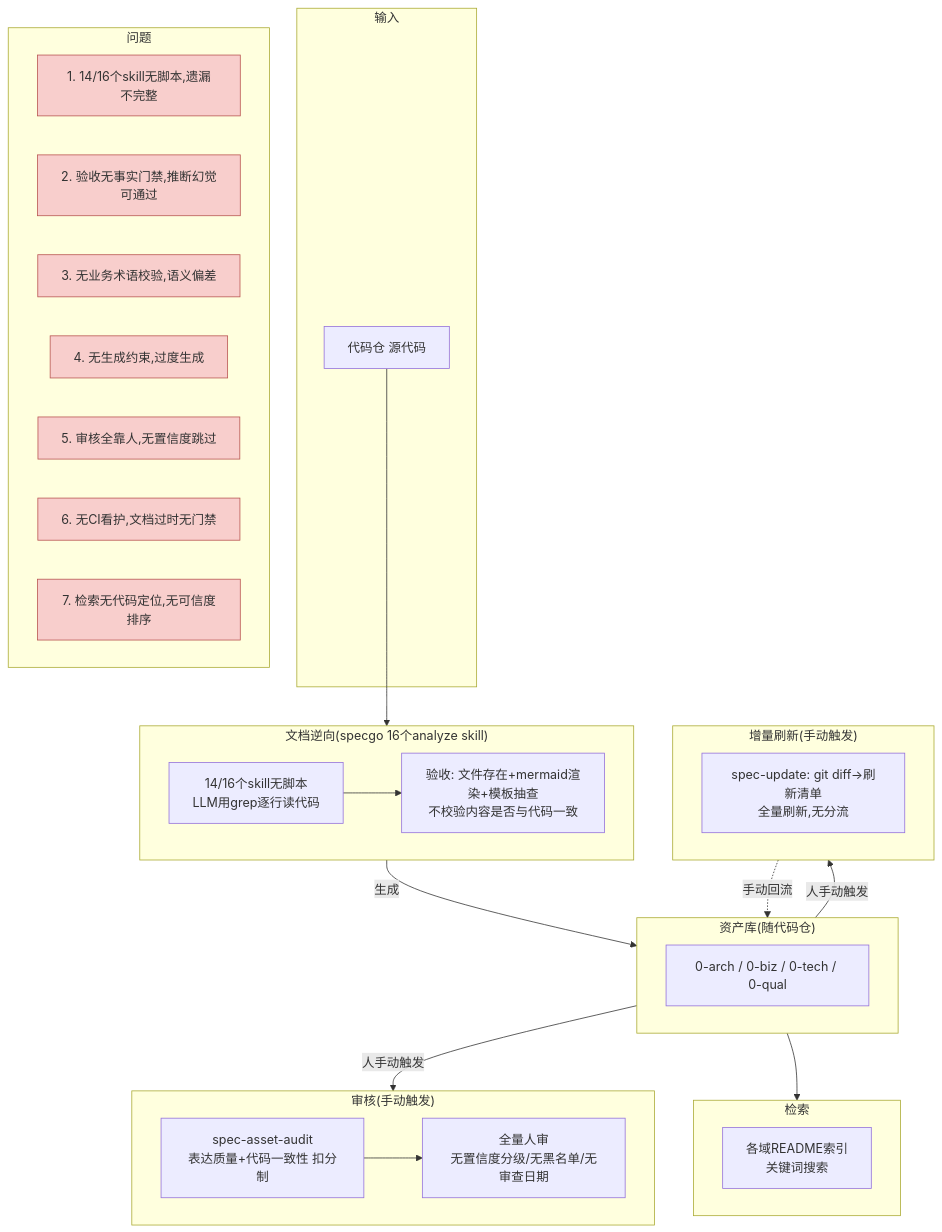
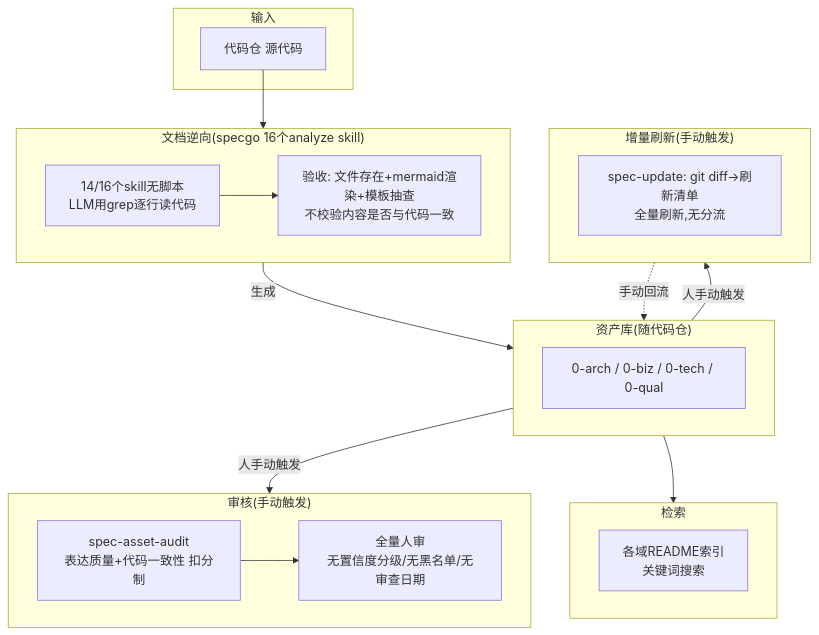
Before and after one commit to hututuxinyu/Memory: the first of 3 diagrams in POC/云核知识资产治理解决方案.md, drawn with Mermaid. The commit also changed other lines of this file, not shown here.

Commit message:
fix: move 7 problems out of mermaid diagram into text list below it

````diff
--- a/POC/云核知识资产治理解决方案.md
+++ b/POC/云核知识资产治理解决方案.md
@@ -18,55 +18,37 @@
 ```mermaid
 flowchart TB
     subgraph Input["输入"]
         I1["代码仓 源代码"]
     end
 
     subgraph Gen["文档逆向(specgo 16个analyze skill)"]
         G1["14/16个skill无脚本<br/>LLM用grep逐行读代码"]
         G2["验收: 文件存在+mermaid渲染+模板抽查<br/>不校验内容是否与代码一致"]
         G1 --> G2
     end
 
     subgraph Assets["资产库(随代码仓)"]
         A1["0-arch / 0-biz / 0-tech / 0-qual"]
     end
 
     subgraph Audit["审核(手动触发)"]
         AU1["spec-asset-audit<br/>表达质量+代码一致性 扣分制"]
         AU2["全量人审<br/>无置信度分级/无黑名单/无审查日期"]
         AU1 --> AU2
     end
 
     subgraph Search["检索"]
         SE1["各域README索引<br/>关键词搜索"]
     end
 
     subgraph Sync["增量刷新(手动触发)"]
         SY1["spec-update: git diff→刷新清单<br/>全量刷新,无分流"]
     end
 
     I1 --> Gen
     Gen -->|"生成"| Assets
     Assets -->|"人手动触发"| Audit
     Assets -->|"人手动触发"| Sync
     Assets --> Search
     Sync -.->|"手动回流"| Assets
-
-    subgraph Problems["问题"]
-        P1["1. 14/16个skill无脚本,遗漏不完整"]
-        P2["2. 验收无事实门禁,推断幻觉可通过"]
-        P3["3. 无业务术语校验,语义偏差"]
-        P4["4. 无生成约束,过度生成"]
-        P5["5. 审核全靠人,无置信度跳过"]
-        P6["6. 无CI看护,文档过时无门禁"]
-        P7["7. 检索无代码定位,无可信度排序"]
-    end
-
-    style P1 fill:#f8cecc,stroke:#b85450
-    style P2 fill:#f8cecc,stroke:#b85450
-    style P3 fill:#f8cecc,stroke:#b85450
-    style P4 fill:#f8cecc,stroke:#b85450
-    style P5 fill:#f8cecc,stroke:#b85450
-    style P6 fill:#f8cecc,stroke:#b85450
-    style P7 fill:#f8cecc,stroke:#b85450
 ```
````
